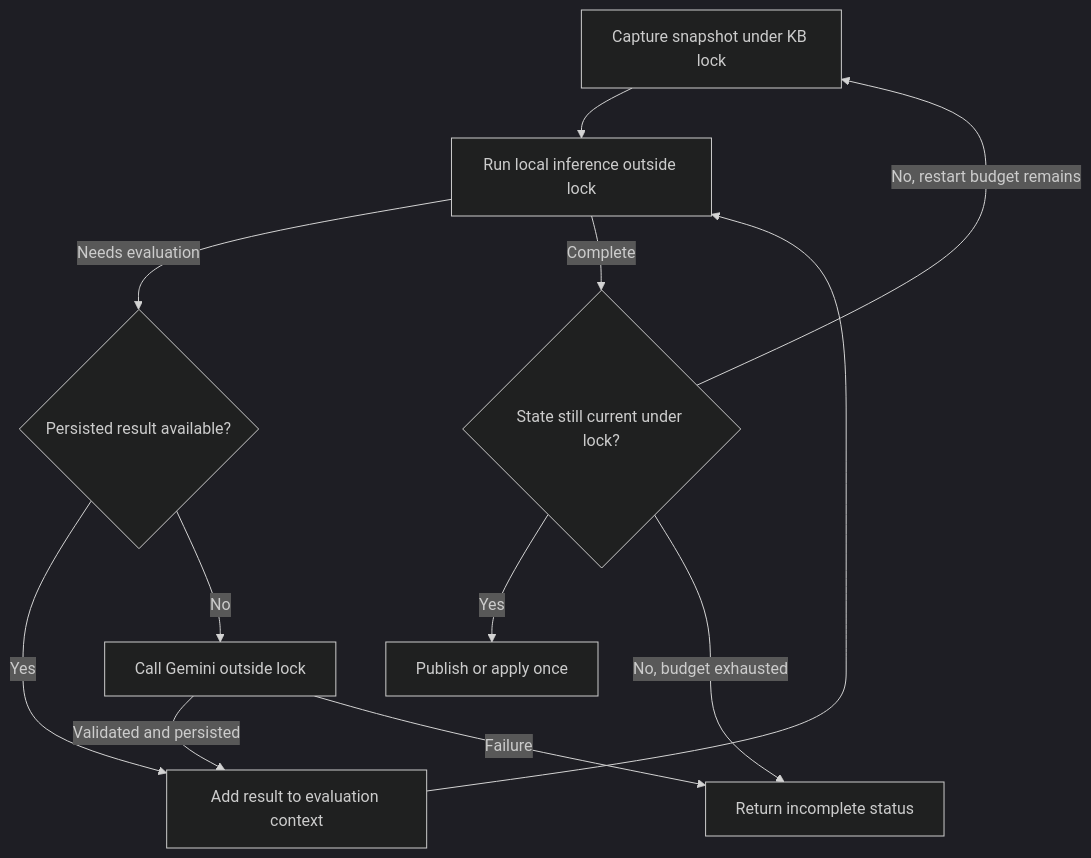
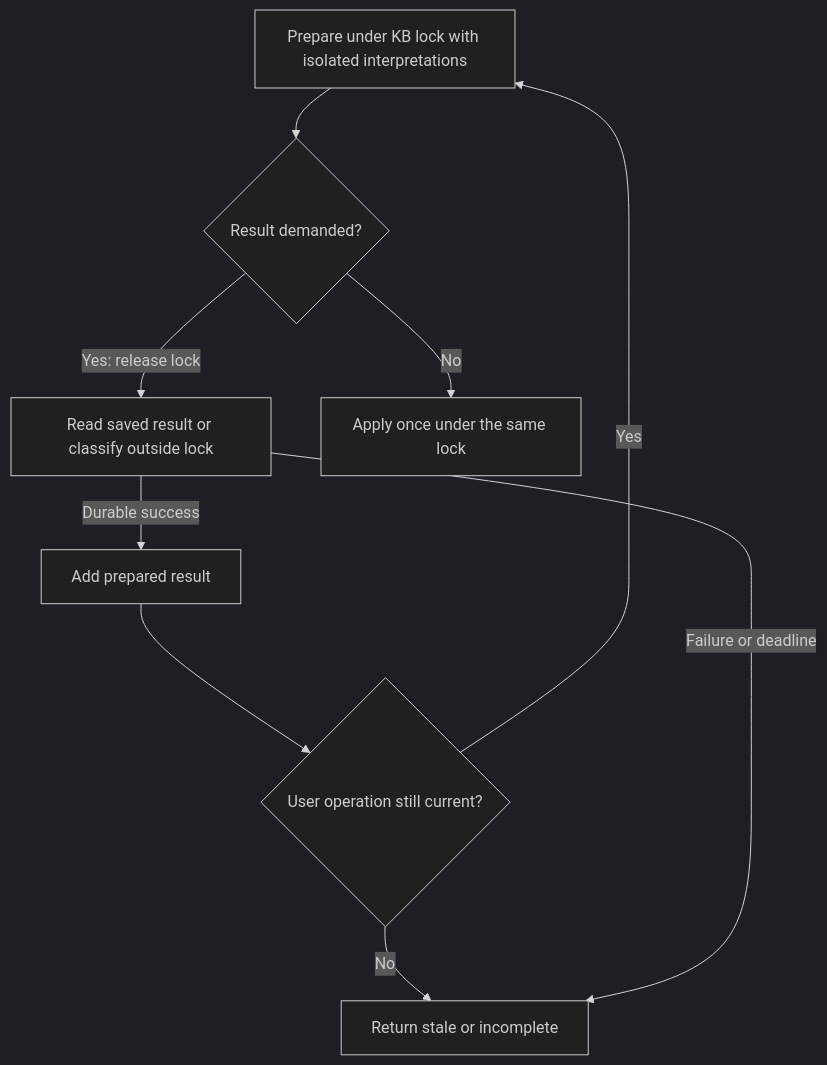
One commit to TimLavers/OpenRDR changed the diagram in documentation/tickets/ai_derived_attributes_design.md. Above: the diagram before and after it, drawn with Mermaid (dark theme). The commit also changed other lines of this file and 83 other files, not shown here.

````diff
--- a/documentation/tickets/ai_derived_attributes_design.md
+++ b/documentation/tickets/ai_derived_attributes_design.md
@@ -181,14 +180,11 @@
 ```mermaid
 flowchart TD
-    S[Capture snapshot under KB lock] --> I[Run local inference outside lock]
-    I -->|Needs evaluation| C{Persisted result available?}
-    C -->|Yes| R[Add result to evaluation context]
-    C -->|No| G[Call Gemini outside lock]
-    G -->|Validated and persisted| R
-    G -->|Failure| F[Return incomplete status]
-    R --> I
-    I -->|Complete| V{State still current under lock?}
-    V -->|Yes| P[Publish or apply once]
-    V -->|No, restart budget remains| S
-    V -->|No, budget exhausted| F
+    P[Prepare under KB lock with isolated interpretations] --> D{Result demanded?}
+    D -->|Yes: release lock| S[Read saved result or classify outside lock]
+    S -->|Durable success| C[Add prepared result]
+    C --> G{User operation still current?}
+    G -->|Yes| P
+    G -->|No| F[Return stale or incomplete]
+    S -->|Failure or deadline| F
+    D -->|No| A[Apply once under the same lock]
 ```
````
